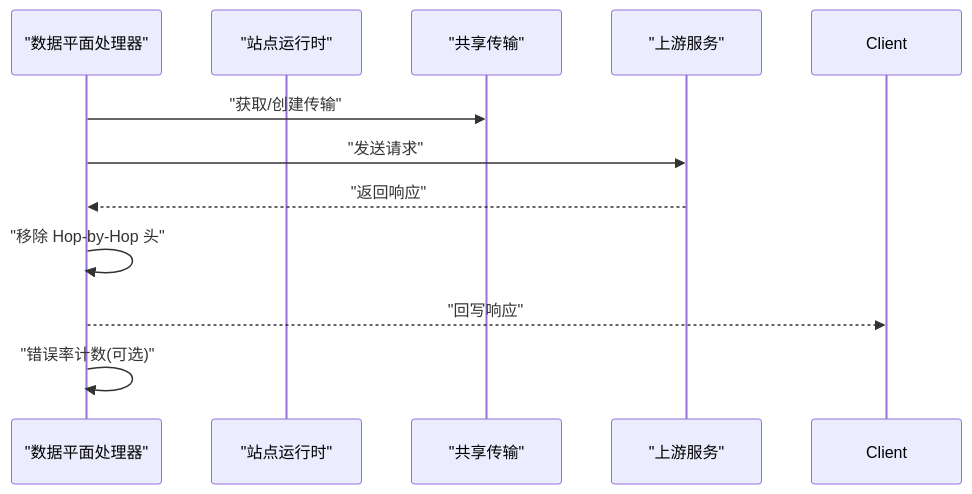
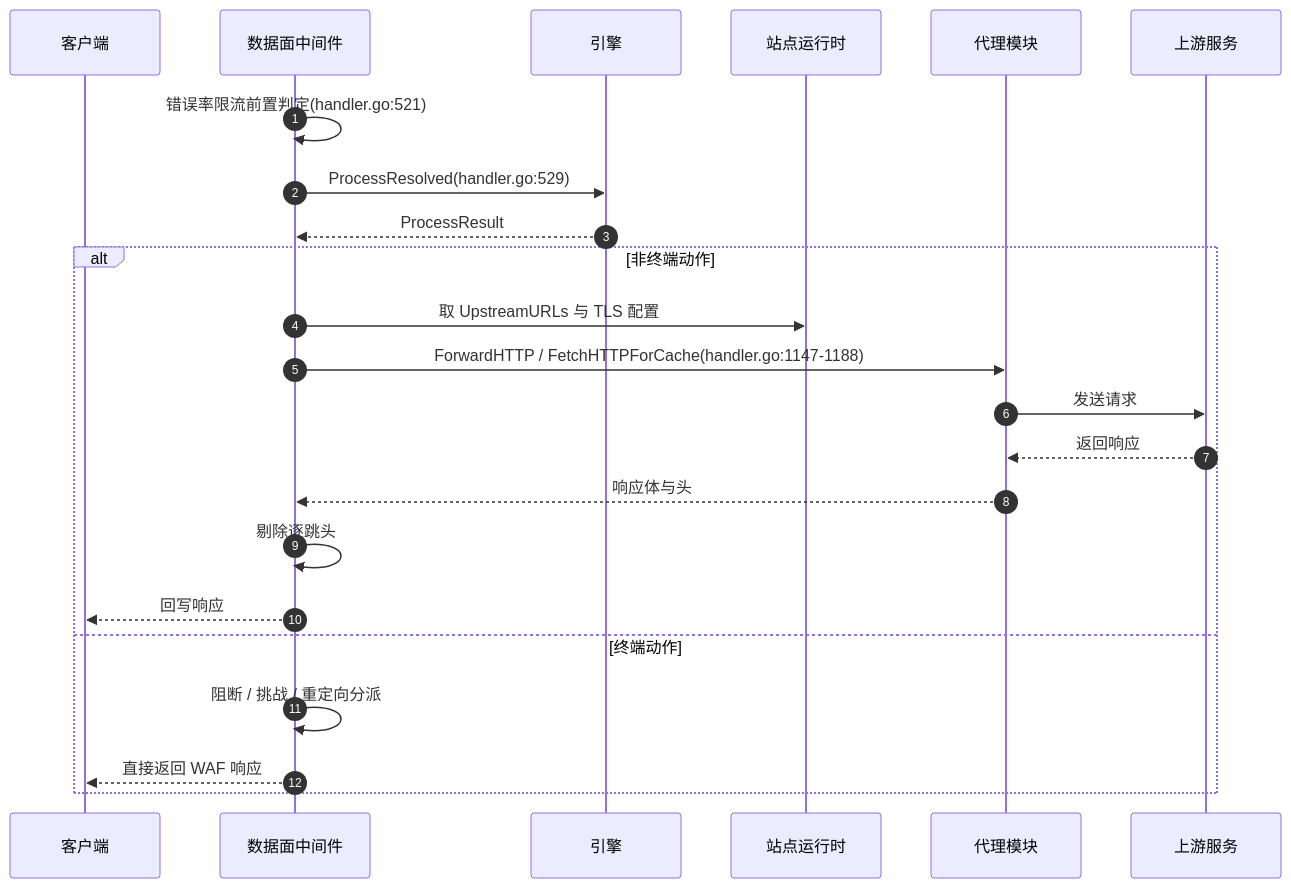
The seventh of 8 diagrams in docs/WAF 引擎系统/引擎核心架构/请求处理流程.md (x01n/My-OpenWaf), drawn with Mermaid before and after one commit. The commit also changed other lines of this file and 622 other files, not shown here.

````diff
--- a/docs/WAF 引擎系统/引擎核心架构/请求处理流程.md
+++ b/docs/WAF 引擎系统/引擎核心架构/请求处理流程.md
@@ -288,13 +382,25 @@
 ```mermaid
 sequenceDiagram
-participant DP as "数据平面处理器"
-participant RT as "站点运行时"
-participant TR as "共享传输"
-participant US as "上游服务"
-DP->>TR : "获取/创建传输"
-DP->>US : "发送请求"
-US-->>DP : "返回响应"
-DP->>DP : "移除 Hop-by-Hop 头"
-DP-->>Client : "回写响应"
-DP->>DP : "错误率计数(可选)"
+autonumber
+participant CL as 客户端
+participant DP as 数据面中间件
+participant ENG as 引擎
+participant RT as 站点运行时
+participant PR as 代理模块
+participant US as 上游服务
+DP->>DP : 错误率限流前置判定(handler.go:521)
+DP->>ENG : ProcessResolved(handler.go:529)
+ENG-->>DP : ProcessResult
+alt 非终端动作
+DP->>RT : 取 UpstreamURLs 与 TLS 配置
+DP->>PR : ForwardHTTP / FetchHTTPForCache(handler.go:1147-1188)
+PR->>US : 发送请求
+US-->>PR : 返回响应
+PR-->>DP : 响应体与头
+DP->>DP : 剔除逐跳头
+DP-->>CL : 回写响应
+else 终端动作
+DP->>DP : 阻断 / 挑战 / 重定向分派
+DP-->>CL : 直接返回 WAF 响应
+end
 ```
````
